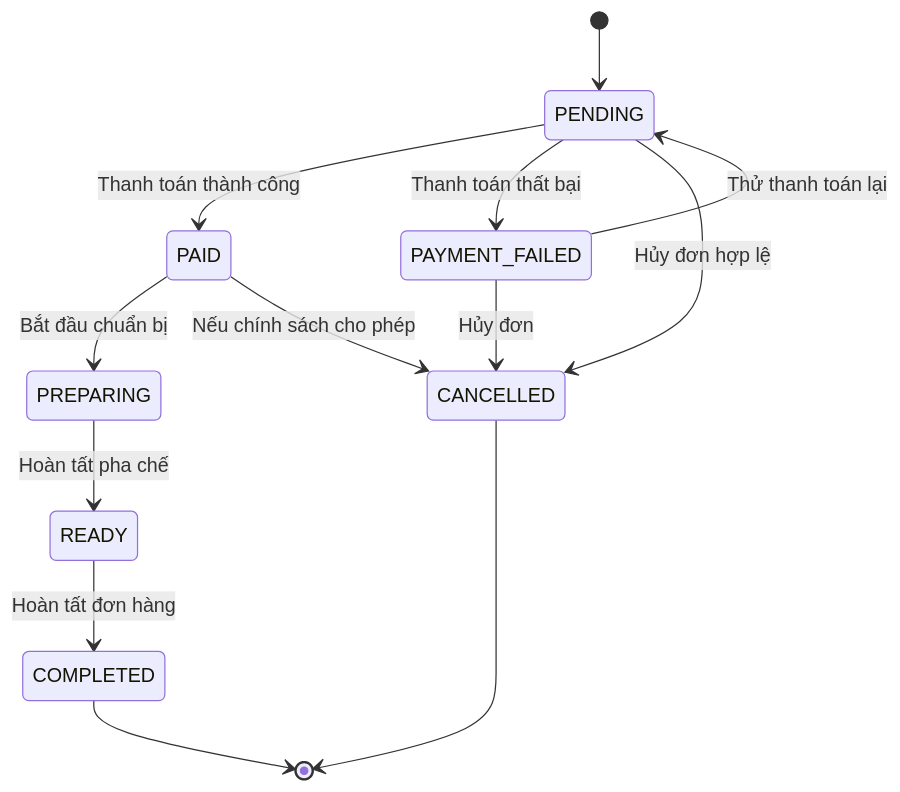
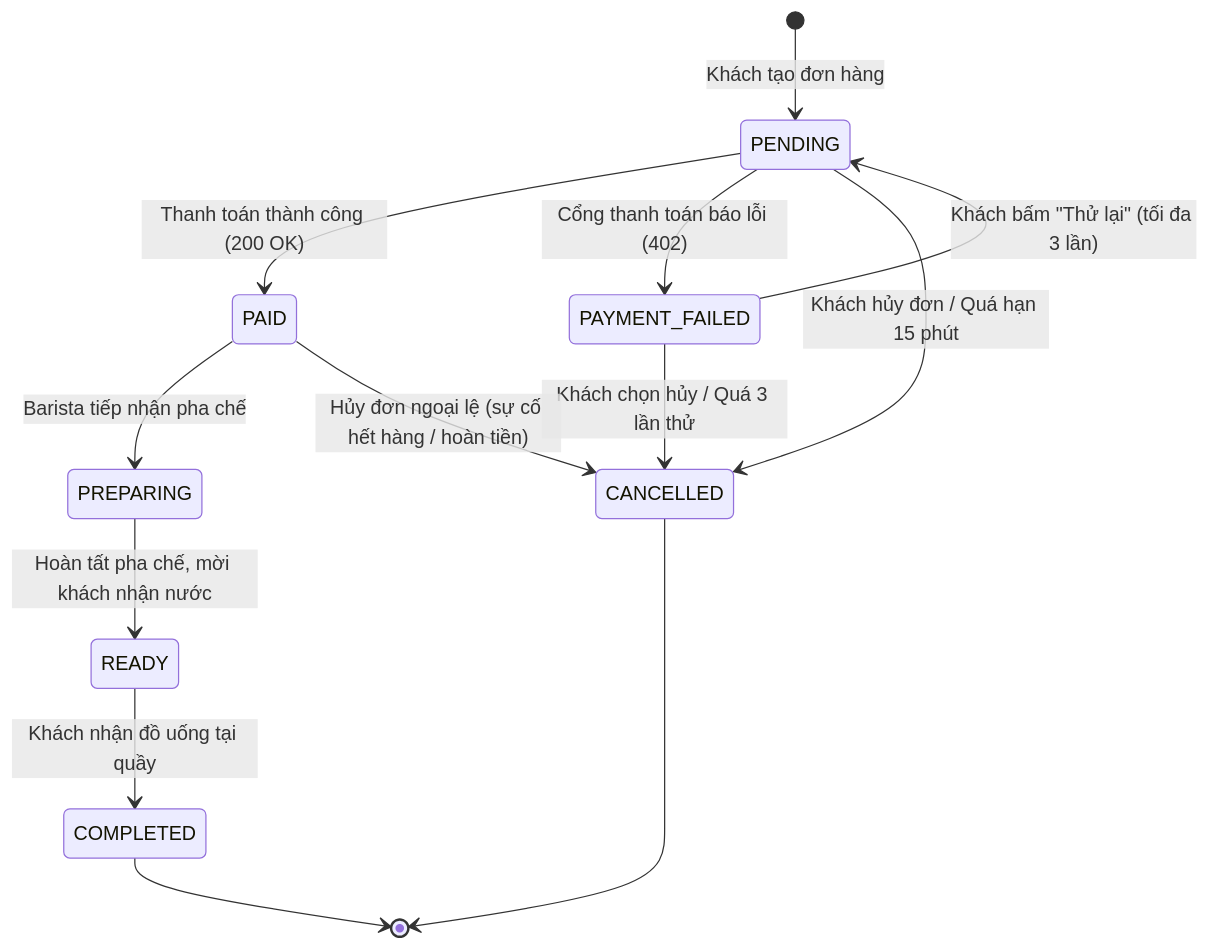
One commit to dcpadangyu/SWE_Project changed the diagram in Docs/architecture/adr/003-state-machine.md. Above: the diagram before and after it, drawn with Mermaid. The commit also changed other lines of this file and 13 other files, not shown here.

Commit message:
[Docs]: hoàn thành assignment 2

````diff
--- a/Docs/architecture/adr/003-state-machine.md
+++ b/Docs/architecture/adr/003-state-machine.md
@@ -17,15 +19,15 @@
 ```mermaid
 stateDiagram-v2
-    [*] --> PENDING
-    PENDING --> PAID: Thanh toán thành công
-    PENDING --> PAYMENT_FAILED: Thanh toán thất bại
-    PENDING --> CANCELLED: Hủy đơn hợp lệ
-    PAYMENT_FAILED --> PENDING: Thử thanh toán lại
-    PAYMENT_FAILED --> CANCELLED: Hủy đơn
-    PAID --> PREPARING: Bắt đầu chuẩn bị
-    PAID --> CANCELLED: Nếu chính sách cho phép
-    PREPARING --> READY: Hoàn tất pha chế
-    READY --> COMPLETED: Hoàn tất đơn hàng
+    [*] --> PENDING: Khách tạo đơn hàng
+    PENDING --> PAID: Thanh toán thành công (200 OK)
+    PENDING --> PAYMENT_FAILED: Cổng thanh toán báo lỗi (402)
+    PENDING --> CANCELLED: Khách hủy đơn / Quá hạn 15 phút
+    PAYMENT_FAILED --> PENDING: Khách bấm "Thử lại" (tối đa 3 lần)
+    PAYMENT_FAILED --> CANCELLED: Khách chọn hủy / Quá 3 lần thử
+    PAID --> PREPARING: Barista tiếp nhận pha chế
+    PAID --> CANCELLED: Hủy đơn ngoại lệ (sự cố hết hàng / hoàn tiền)
+    PREPARING --> READY: Hoàn tất pha chế, mời khách nhận nước
+    READY --> COMPLETED: Khách nhận đồ uống tại quầy
     COMPLETED --> [*]
     CANCELLED --> [*]
 ```
````
